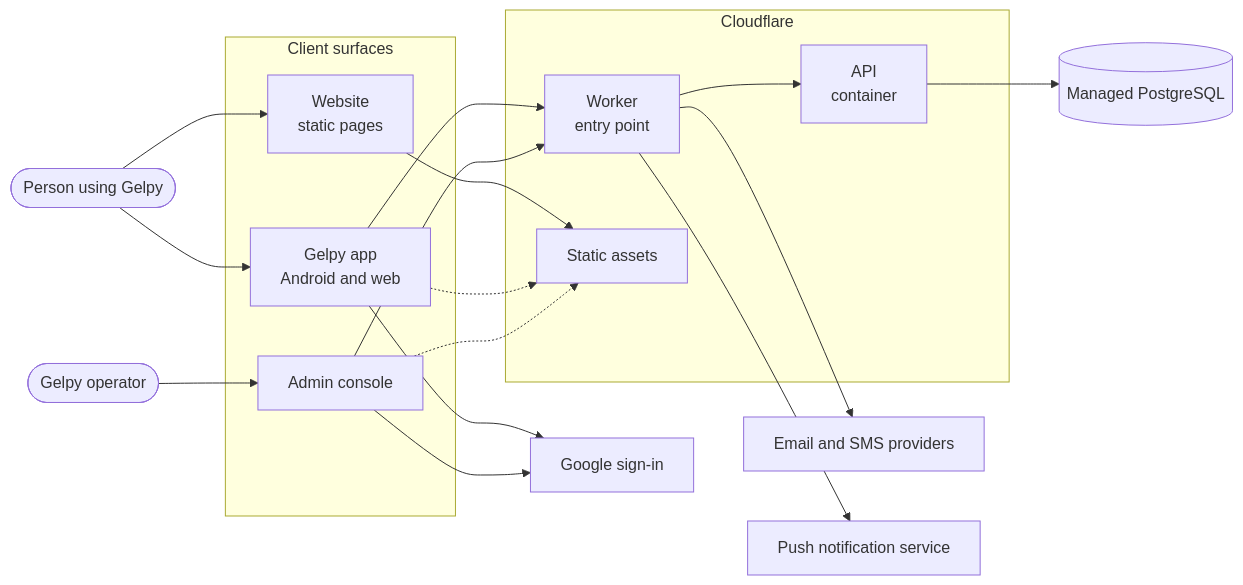
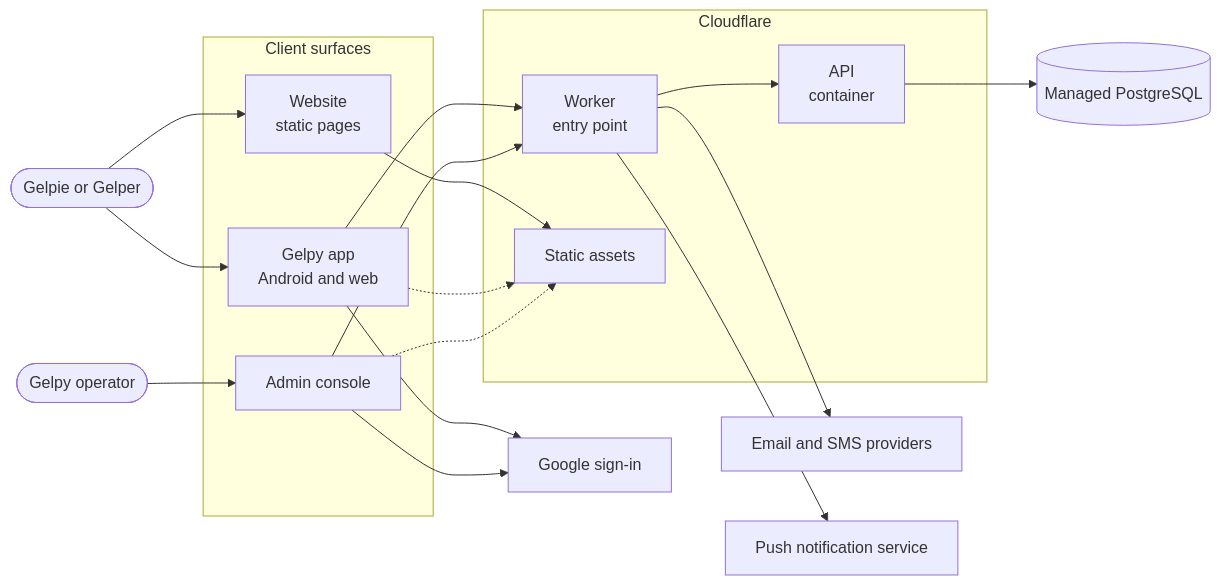
The first of 3 diagrams in docs/architecture/overview.md (Gelpy/gelpy), drawn with Mermaid before and after one commit. The commit also changed other lines of this file and 16 other files, not shown here.

````diff
--- a/docs/architecture/overview.md
+++ b/docs/architecture/overview.md
@@ -28,37 +28,37 @@
 ```mermaid
 flowchart LR
-  user([Person using Gelpy])
+  user([Gelpie or Gelper])
   admin([Gelpy operator])
 
   subgraph clients[Client surfaces]
     app[Gelpy app<br/>Android and web]
     web[Website<br/>static pages]
     console[Admin console]
   end
 
   subgraph platform[Cloudflare]
     edge[Worker<br/>entry point]
     api[API<br/>container]
     assets[Static assets]
   end
 
   db[(Managed PostgreSQL)]
   idp[Google sign-in]
   msg[Email and SMS providers]
   push[Push notification service]
 
   user --> app
   user --> web
   admin --> console
   app --> edge
   console --> edge
   web --> assets
   app -.-> assets
   console -.-> assets
   edge --> api
   api --> db
   app --> idp
   console --> idp
   edge --> msg
   edge --> push
 ```
````
